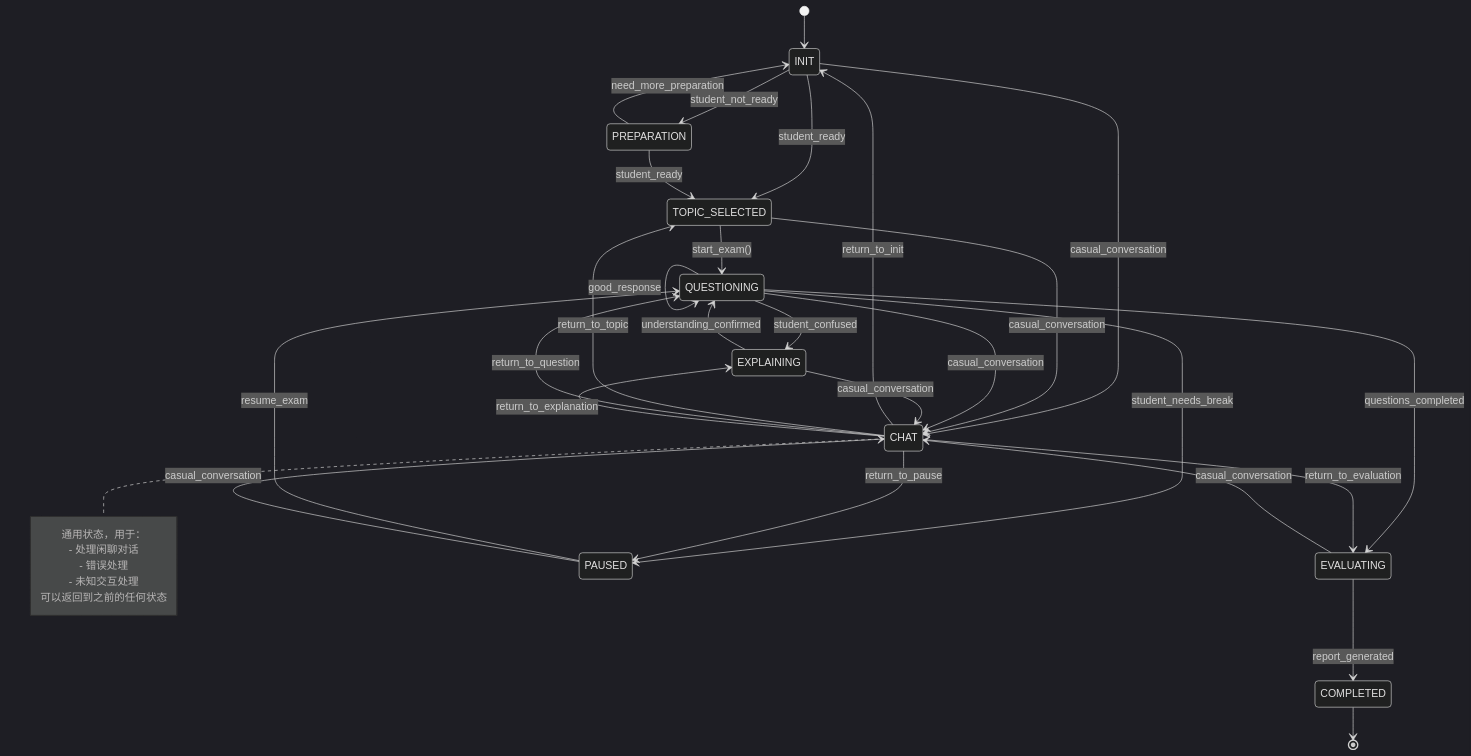
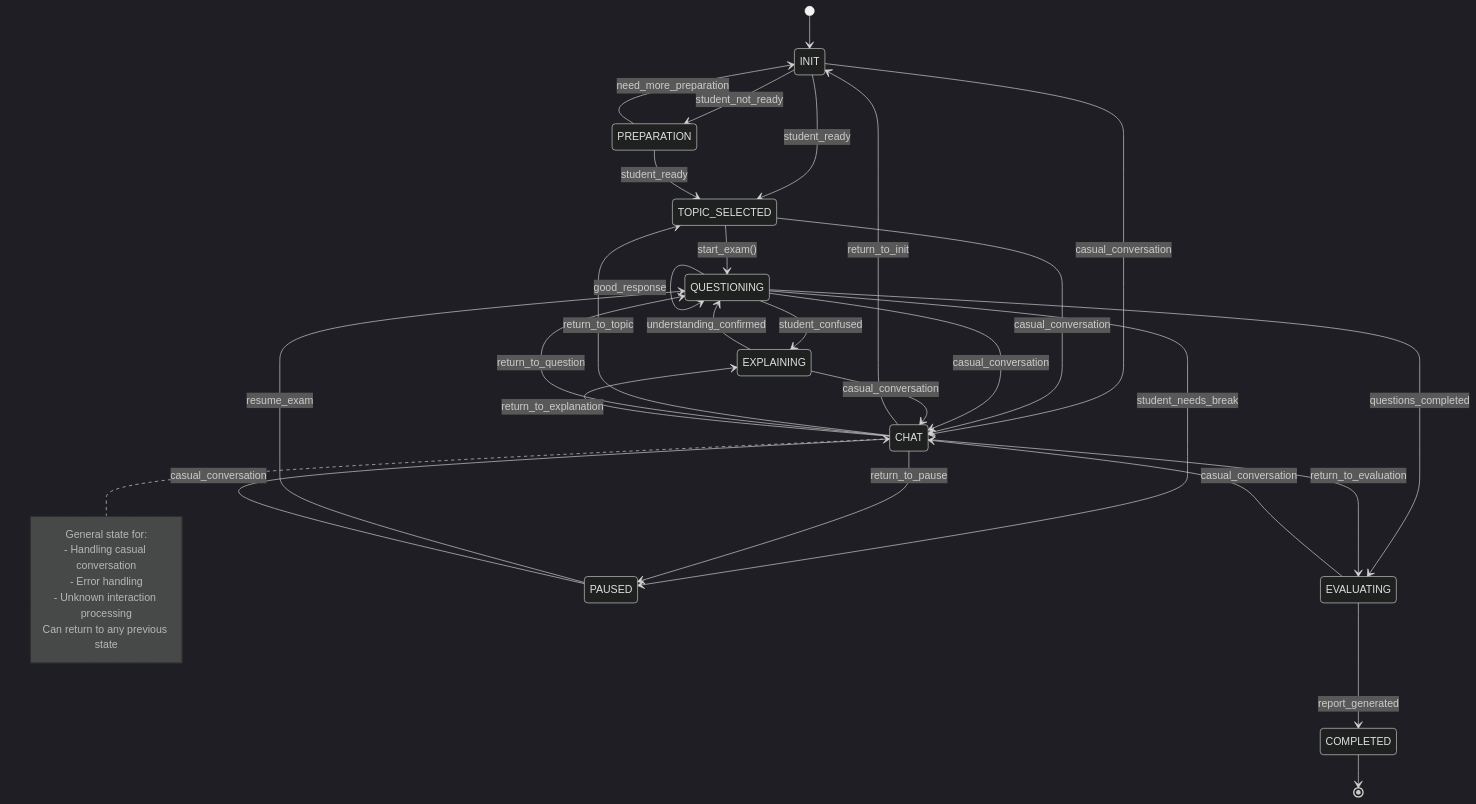
Before and after one commit to CHANHaochengZhang/chatexaminer: the diagram in docs/StateMachine.md, drawn with Mermaid (dark theme). The commit also changed other lines of this file and 13 other files, not shown here.

````diff
--- a/docs/StateMachine.md
+++ b/docs/StateMachine.md
@@ -8,46 +8,46 @@
 ```mermaid
 stateDiagram-v2
     [*] --> INIT
 
     INIT --> TOPIC_SELECTED: student_ready
     INIT --> PREPARATION: student_not_ready
     INIT --> CHAT: casual_conversation
 
     PREPARATION --> INIT: need_more_preparation
     PREPARATION --> TOPIC_SELECTED: student_ready
 
     TOPIC_SELECTED --> QUESTIONING: start_exam()
     TOPIC_SELECTED --> CHAT: casual_conversation
 
     QUESTIONING --> QUESTIONING: good_response
     QUESTIONING --> EXPLAINING: student_confused
     QUESTIONING --> EVALUATING: questions_completed
     QUESTIONING --> PAUSED: student_needs_break
     QUESTIONING --> CHAT: casual_conversation
 
     EXPLAINING --> QUESTIONING: understanding_confirmed
     EXPLAINING --> CHAT: casual_conversation
 
     EVALUATING --> COMPLETED: report_generated
     EVALUATING --> CHAT: casual_conversation
 
     PAUSED --> QUESTIONING: resume_exam
     PAUSED --> CHAT: casual_conversation
 
     CHAT --> INIT: return_to_init
     CHAT --> TOPIC_SELECTED: return_to_topic
     CHAT --> QUESTIONING: return_to_question
     CHAT --> EXPLAINING: return_to_explanation
     CHAT --> EVALUATING: return_to_evaluation
     CHAT --> PAUSED: return_to_pause
 
     COMPLETED --> [*]
 
     note right of CHAT
-        通用状态，用于：
-        - 处理闲聊对话
-        - 错误处理
-        - 未知交互处理
-        可以返回到之前的任何状态
+        General state for:
+        - Handling casual conversation
+        - Error handling
+        - Unknown interaction processing
+        Can return to any previous state
     end note
 ```
````
